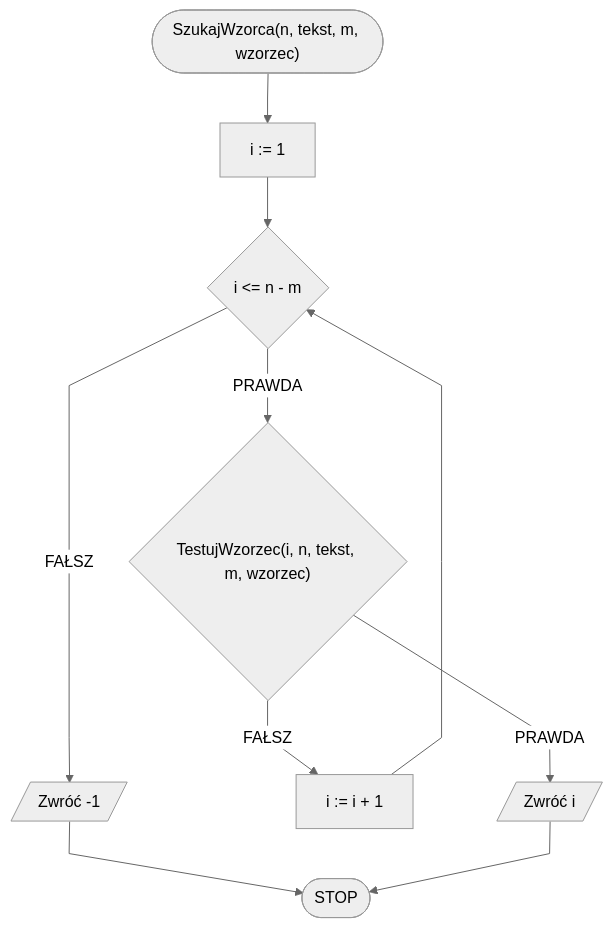
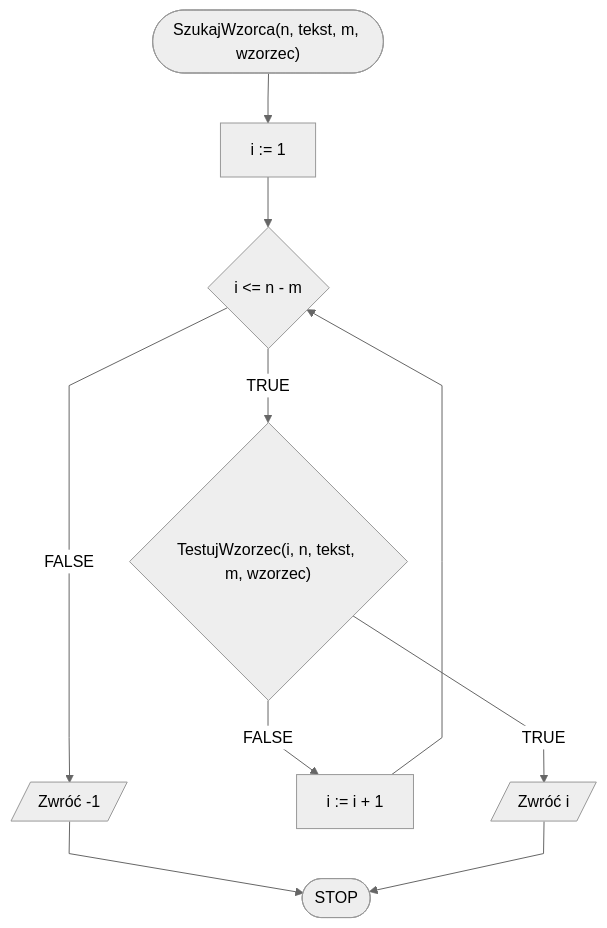
Before and after one commit to blackbat13/edu-cs-htiew-en: the second of 2 diagrams in docs/algorithms/text/naive-substring-search.md, drawn with Mermaid. The commit also changed other lines of this file and 682 other files, not shown here.

````diff
--- a/docs/algorithms/text/naive-substring-search.md
+++ b/docs/algorithms/text/naive-substring-search.md
@@ -84,13 +84,13 @@
 ```mermaid
 %%{init: {"flowchart": {"curve": "linear"}, "theme": "neutral"} }%%
 flowchart TD
     START(["SzukajWzorca(n, tekst, m, wzorzec)"]) --> K0[i := 1]
     K0 --> K1{i <= n - m}
-    K1 -- PRAWDA --> K2{"TestujWzorzec(i, n, tekst, m, wzorzec)"}
-    K2 -- PRAWDA --> K3[/Zwróć i/]
-    K2 -- FAŁSZ --> K1i[i := i + 1]
+    K1 -- TRUE --> K2{"TestujWzorzec(i, n, tekst, m, wzorzec)"}
+    K2 -- TRUE --> K3[/Zwróć i/]
+    K2 -- FALSE --> K1i[i := i + 1]
     K1i --> K1
-    K1 -- FAŁSZ --> K4[/Zwróć -1/]
+    K1 -- FALSE --> K4[/Zwróć -1/]
     K4 --> STOP([STOP])
     K3 --> STOP
 ```
````
